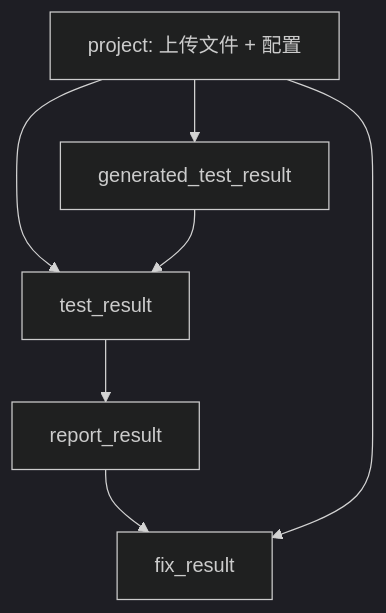
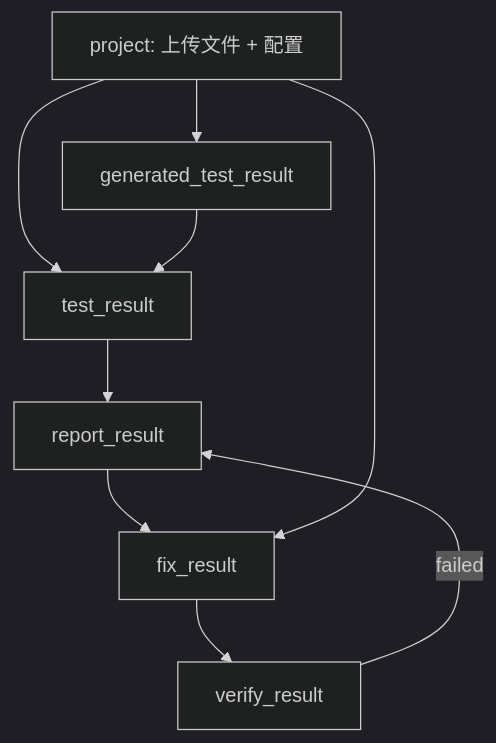
One commit to Haojun-Jiang/mgc-project changed the third of 6 diagrams in docs/project-technical-solution.md. Above: the diagram before and after it, drawn with Mermaid (dark theme). The commit also changed other lines of this file and 10 other files, not shown here.

````diff
--- a/docs/project-technical-solution.md
+++ b/docs/project-technical-solution.md
@@ -142,9 +157,11 @@
 ```mermaid
 flowchart TD
     Project["project: 上传文件 + 配置"] --> Gen["generated_test_result"]
     Project --> Test["test_result"]
     Gen --> Test
     Test --> Report["report_result"]
     Report --> Fix["fix_result"]
     Project --> Fix
+    Fix --> Verify["verify_result"]
+    Verify -->|failed| Report
 ```
````
